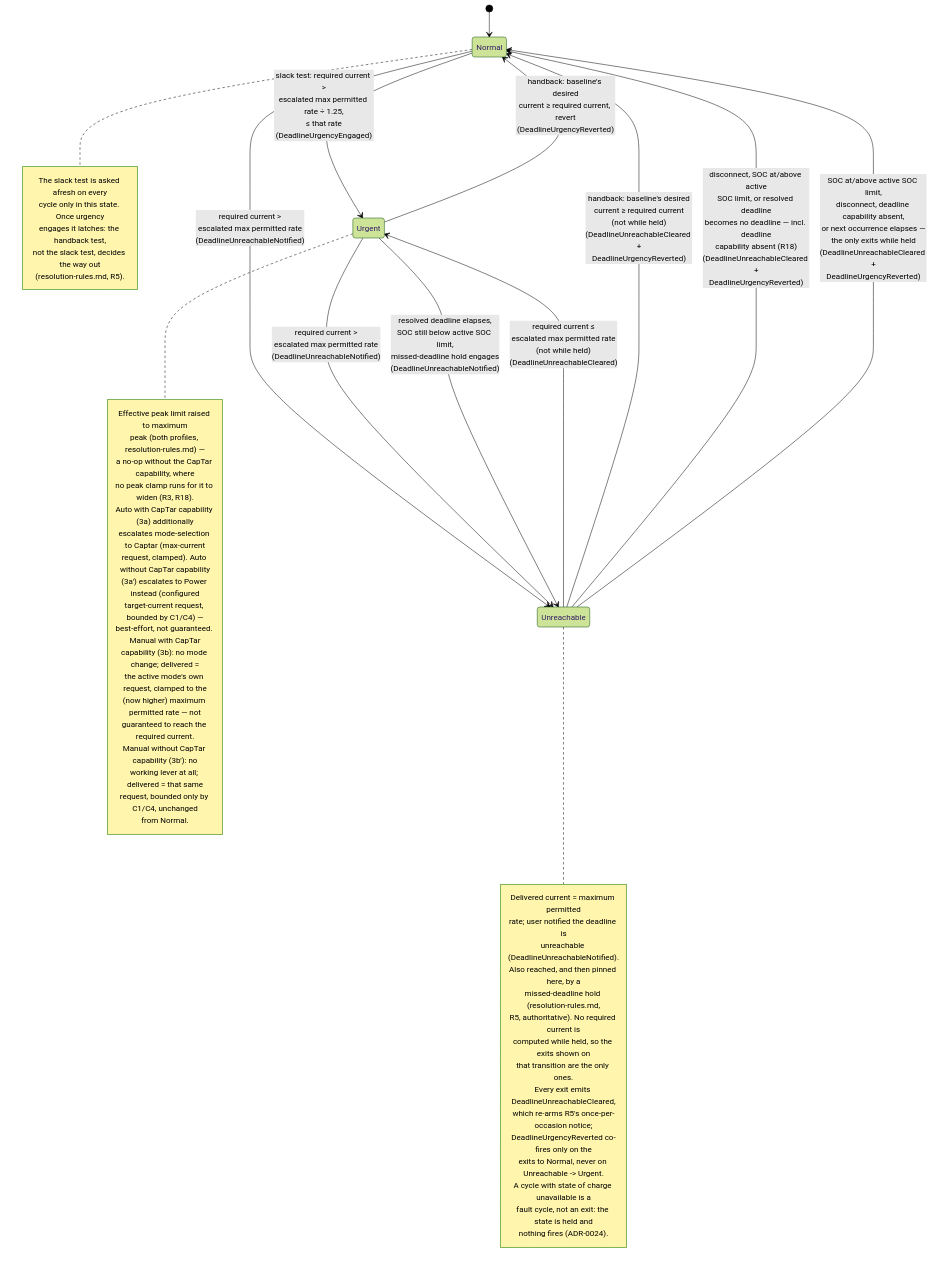
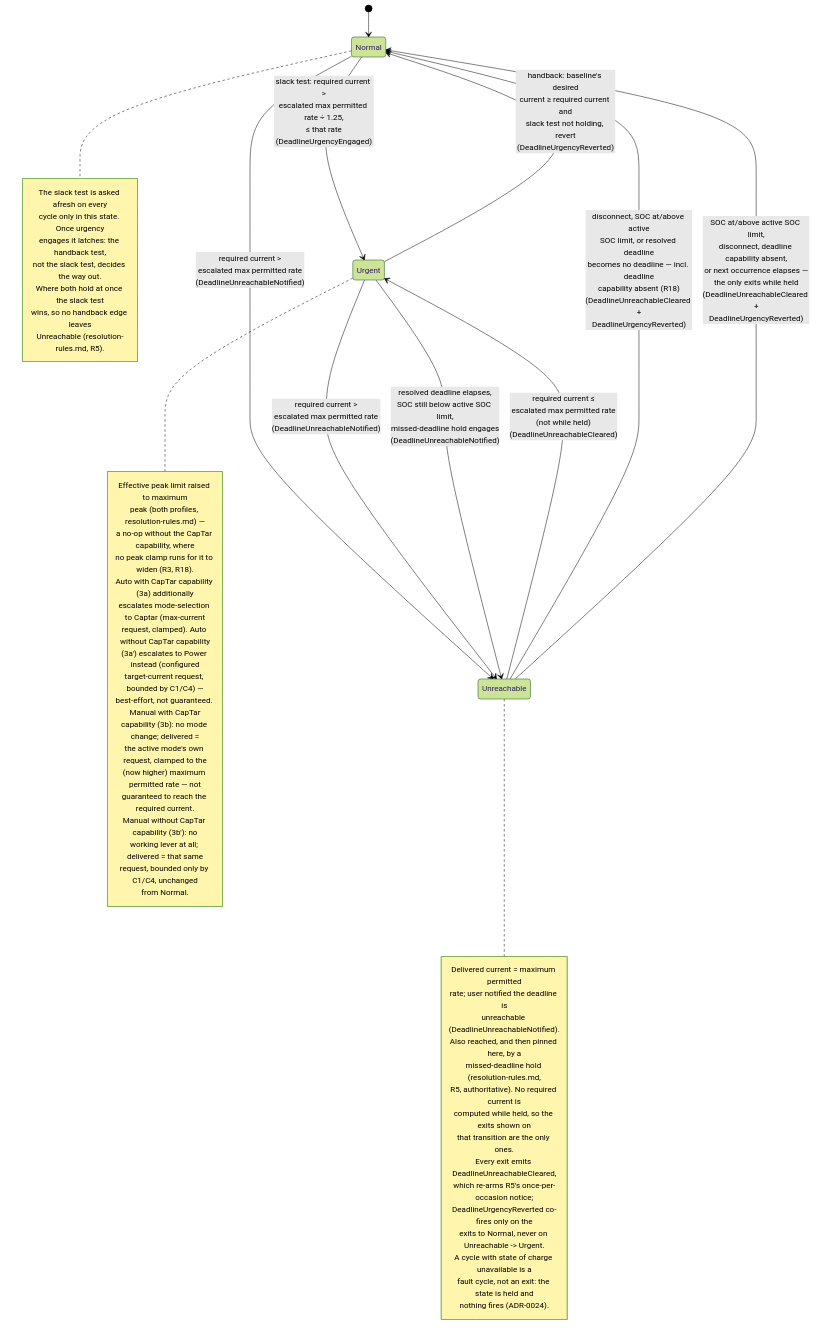
One commit to kristofdegrave/homeassistant-smart-charging changed the diagram in docs/analysis/use-cases/UC05-guarantee-ready-by-departure.md. Above: the diagram before and after it, drawn with Mermaid (forest theme). The commit also changed other lines of this file and 6 other files, not shown here.

First line of the commit message:
requirement: settle slack/handback precedence and the latch's lifetime

````diff
--- a/docs/analysis/use-cases/UC05-guarantee-ready-by-departure.md
+++ b/docs/analysis/use-cases/UC05-guarantee-ready-by-departure.md
@@ -111,57 +111,58 @@
 ```mermaid
 stateDiagram-v2
     [*] --> Normal
     Normal --> Urgent: slack test: required current ><br/>escalated max permitted rate ÷ 1.25,<br/>≤ that rate<br/>(DeadlineUrgencyEngaged)
     Normal --> Unreachable: required current ><br/>escalated max permitted rate<br/>(DeadlineUnreachableNotified)
-    Urgent --> Normal: handback: baseline's desired<br/>current ≥ required current, revert<br/>(DeadlineUrgencyReverted)
+    Urgent --> Normal: handback: baseline's desired<br/>current ≥ required current and<br/>slack test not holding, revert<br/>(DeadlineUrgencyReverted)
     Urgent --> Unreachable: required current ><br/>escalated max permitted rate<br/>(DeadlineUnreachableNotified)
     Urgent --> Unreachable: resolved deadline elapses,<br/>SOC still below active SOC limit,<br/>missed-deadline hold engages<br/>(DeadlineUnreachableNotified)
     Unreachable --> Urgent: required current ≤<br/>escalated max permitted rate<br/>(not while held)<br/>(DeadlineUnreachableCleared)
-    Unreachable --> Normal: handback: baseline's desired<br/>current ≥ required current<br/>(not while held)<br/>(DeadlineUnreachableCleared +<br/>DeadlineUrgencyReverted)
     Unreachable --> Normal: disconnect, SOC at/above active<br/>SOC limit, or resolved deadline<br/>becomes no deadline — incl. deadline<br/>capability absent (R18)<br/>(DeadlineUnreachableCleared +<br/>DeadlineUrgencyReverted)
     Unreachable --> Normal: SOC at/above active SOC limit,<br/>disconnect, deadline capability absent,<br/>or next occurrence elapses —<br/>the only exits while held<br/>(DeadlineUnreachableCleared +<br/>DeadlineUrgencyReverted)
     note right of Normal
         The slack test is asked afresh on every
         cycle only in this state. Once urgency
         engages it latches: the handback test,
-        not the slack test, decides the way out
-        (resolution-rules.md, R5).
+        not the slack test, decides the way out.
+        Where both hold at once the slack test
+        wins, so no handback edge leaves
+        Unreachable (resolution-rules.md, R5).
     end note
     note right of Urgent
         Effective peak limit raised to maximum
         peak (both profiles, resolution-rules.md) —
         a no-op without the CapTar capability, where
         no peak clamp runs for it to widen (R3, R18).
         Auto with CapTar capability (3a) additionally
         escalates mode-selection to Captar (max-current
         request, clamped). Auto without CapTar capability
         (3a′) escalates to Power instead (configured
         target-current request, bounded by C1/C4) —
         best-effort, not guaranteed. Manual with CapTar
         capability (3b): no mode change; delivered =
         the active mode's own request, clamped to the
         (now higher) maximum permitted rate — not
         guaranteed to reach the required current.
         Manual without CapTar capability (3b′): no
         working lever at all; delivered = that same
         request, bounded only by C1/C4, unchanged
         from Normal.
     end note
     note right of Unreachable
         Delivered current = maximum permitted
         rate; user notified the deadline is
         unreachable (DeadlineUnreachableNotified).
         Also reached, and then pinned here, by a
         missed-deadline hold (resolution-rules.md,
         R5, authoritative). No required current is
         computed while held, so the exits shown on
         that transition are the only ones.
         Every exit emits DeadlineUnreachableCleared,
         which re-arms R5's once-per-occasion notice;
         DeadlineUrgencyReverted co-fires only on the
         exits to Normal, never on Unreachable -> Urgent.
         A cycle with state of charge unavailable is a
         fault cycle, not an exit: the state is held and
         nothing fires (ADR-0024).
     end note
 ```
````
